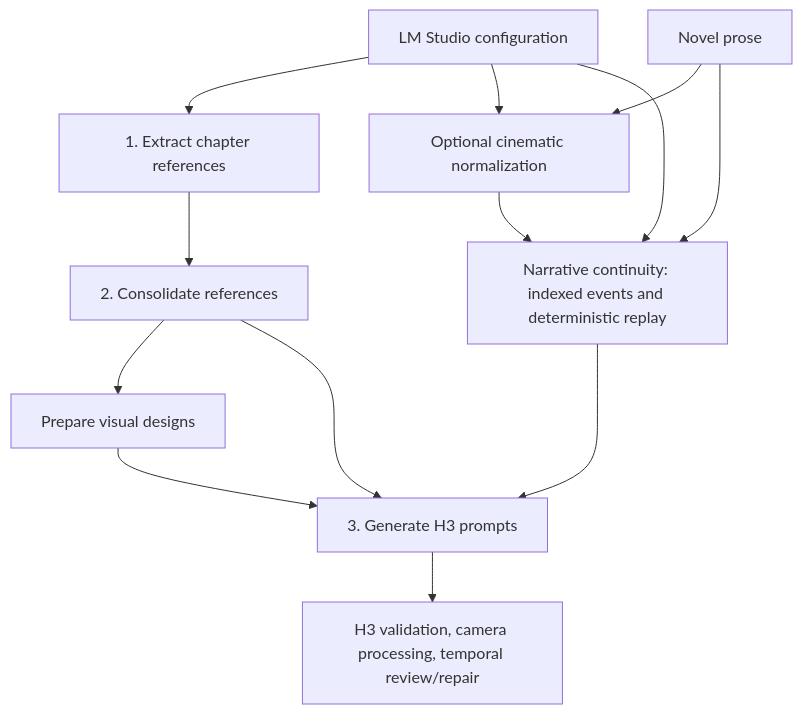
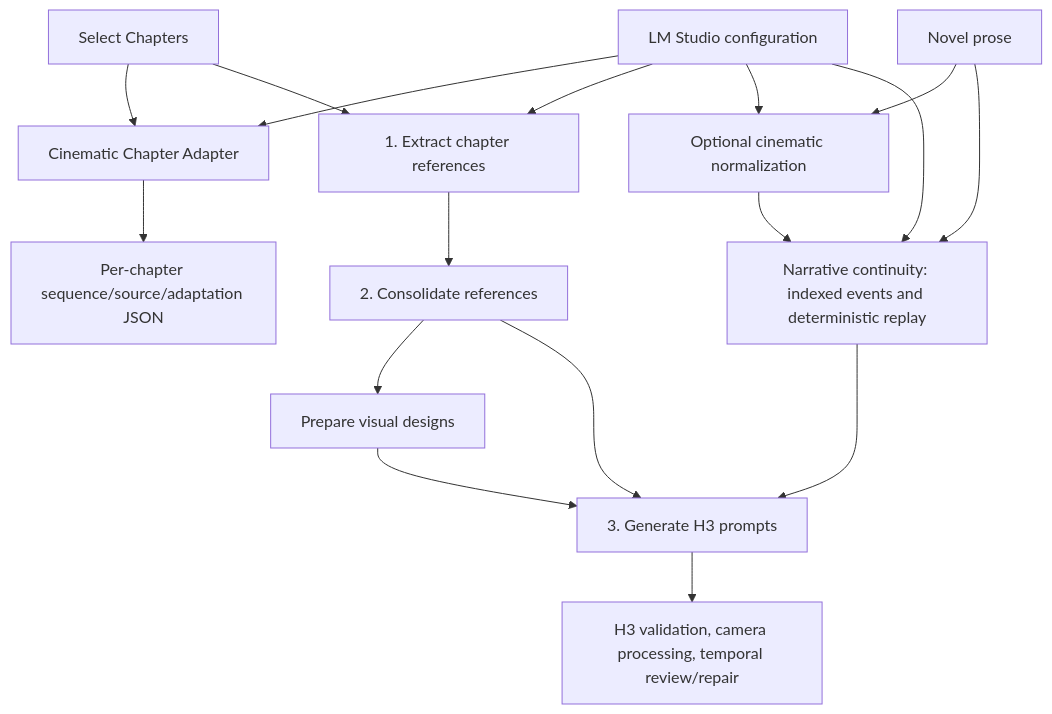
The first of 2 diagrams in docs/architecture.md (yuyuki/ComfyUI-Minimax_H3_Novel_Pipeline), drawn with Mermaid before and after one commit. The commit also changed other lines of this file and 16 other files, not shown here.

First line of the commit message:
feat: Add Cinematic Chapter Adapter and related functionality

````diff
--- a/docs/architecture.md
+++ b/docs/architecture.md
@@ -9,15 +9,19 @@
 ```mermaid
 flowchart TD
+    selector["Select Chapters"] --> adapter["Cinematic Chapter Adapter"]
+    config --> adapter
+    adapter --> adapted["Per-chapter sequence/source/adaptation JSON"]
+    selector --> extract
     config["LM Studio configuration"] --> extract["1. Extract chapter references"]
     extract --> consolidate["2. Consolidate references"]
     consolidate --> designs["Prepare visual designs"]
     designs --> generate["3. Generate H3 prompts"]
     consolidate --> generate
     novel["Novel prose"] --> normalize["Optional cinematic normalization"]
     config --> normalize
     normalize --> state["Narrative continuity: indexed events and deterministic replay"]
     novel --> state
     config --> state
     state --> generate
     generate --> review["H3 validation, camera processing, temporal review/repair"]
 ```
````
